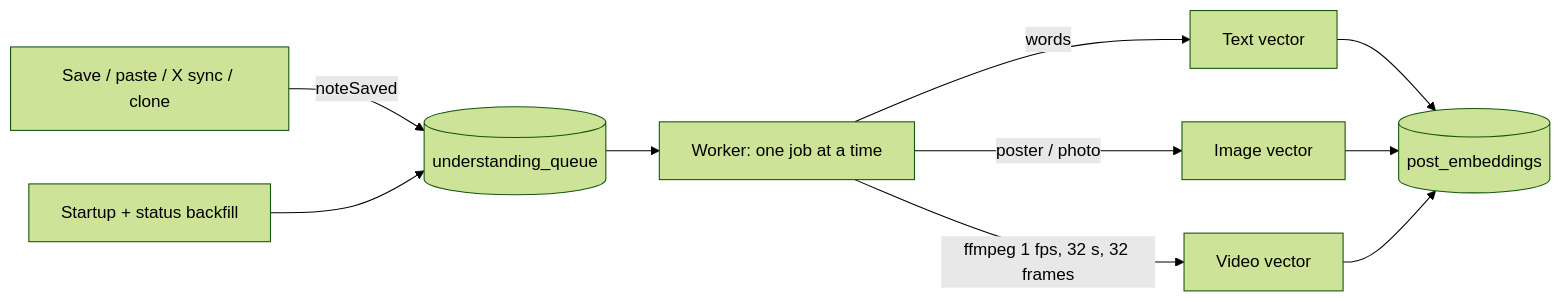
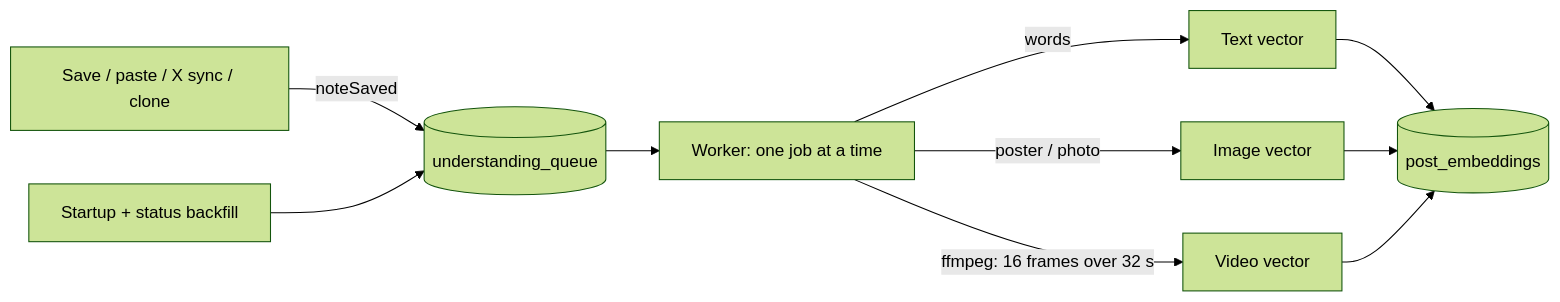
The fifth of 5 diagrams in ARCHITECTURE.md (itsmemeworks/adhx), drawn with Mermaid (forest theme) before and after one commit. The commit also changed 9 other files, not shown here.

First line of the commit message:
perf: sample 16 video frames at 70 tokens and give the model more memory

````diff
--- a/ARCHITECTURE.md
+++ b/ARCHITECTURE.md
@@ -356,12 +356,12 @@
 ```mermaid
 flowchart LR
   S[Save / paste / X sync / clone] -->|noteSaved| Q[(understanding_queue)]
   B[Startup + status backfill] --> Q
   Q --> W[Worker: one job at a time]
   W -->|words| T[Text vector]
   W -->|poster / photo| I[Image vector]
-  W -->|ffmpeg 1 fps, 32 s, 32 frames| V[Video vector]
+  W -->|ffmpeg: 16 frames over 32 s| V[Video vector]
   T --> E[(post_embeddings)]
   I --> E
   V --> E
 ```
````
